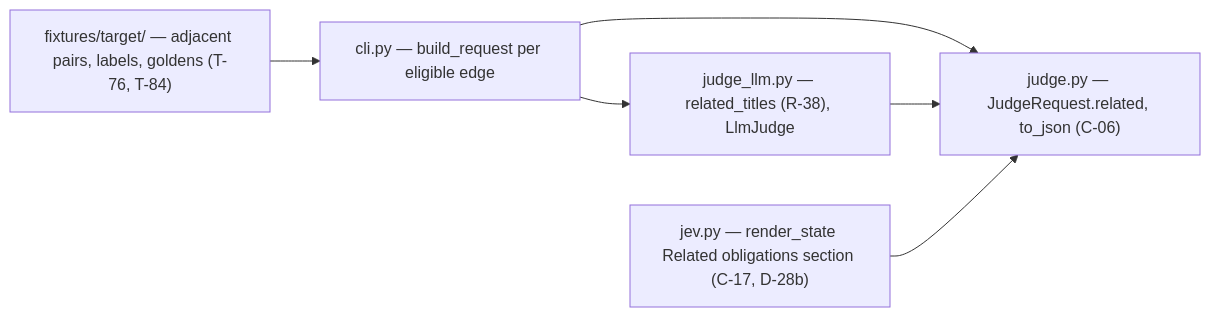
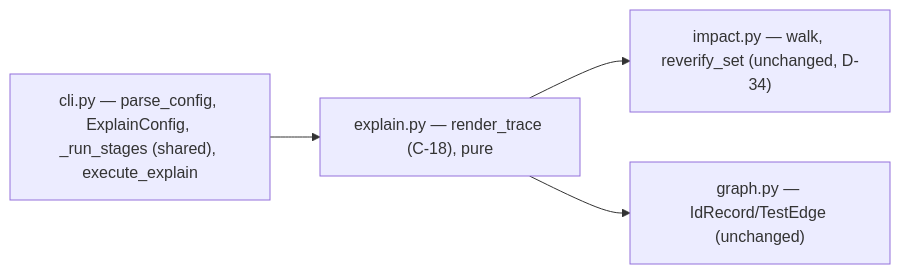
The diagram in IMPLEMENTATION_PLAN.md (rioffe/speccheck), drawn with Mermaid before and after one commit. The commit also changed other lines of this file and 3 other files, not shown here.

````diff
--- a/IMPLEMENTATION_PLAN.md
+++ b/IMPLEMENTATION_PLAN.md
@@ -66,13 +61,10 @@
 ```mermaid
 flowchart LR
-  cli["cli.py — build_request per eligible edge"]
-  jl["judge_llm.py — related_titles (R-38), LlmJudge"]
-  j["judge.py — JudgeRequest.related, to_json (C-06)"]
-  jev["jev.py — render_state Related obligations section (C-17, D-28b)"]
-  fx["fixtures/target/ — adjacent pairs, labels, goldens (T-76, T-84)"]
-  cli --> jl
-  cli --> j
-  jl --> j
-  jev --> j
-  fx --> cli
+  cli["cli.py — parse_config, ExplainConfig, _run_stages (shared), execute_explain"]
+  ex["explain.py — render_trace (C-18), pure"]
+  imp["impact.py — walk, reverify_set (unchanged, D-34)"]
+  gr["graph.py — IdRecord/TestEdge (unchanged)"]
+  cli --> ex
+  ex --> imp
+  ex --> gr
 ```
````
